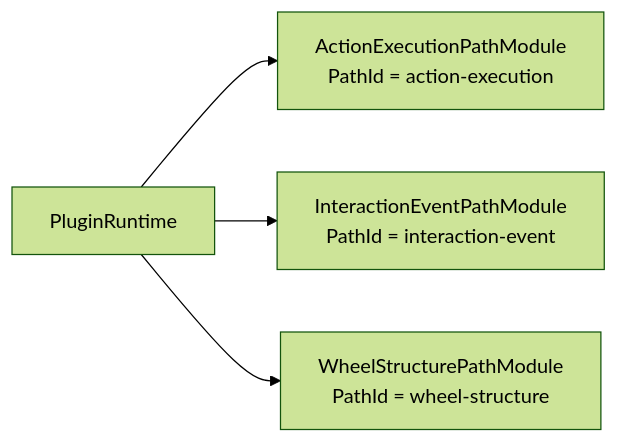
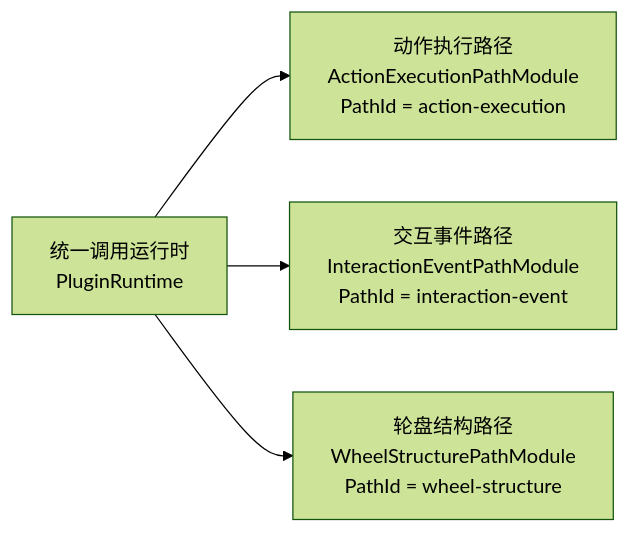
Before and after one commit to Masskii/StarPie: diagram 18 of 19 in plugin/docs/plugin-system-architecture-map.md, drawn with Mermaid (forest theme). The commit also changed other lines of this file and 6 other files, not shown here.

````diff
--- a/plugin/docs/plugin-system-architecture-map.md
+++ b/plugin/docs/plugin-system-architecture-map.md
@@ -892,11 +1144,11 @@
 ```mermaid
 flowchart LR
-    RUNTIME["PluginRuntime"]
-    ACTION["ActionExecutionPathModule\nPathId = action-execution"]
-    EVENT["InteractionEventPathModule\nPathId = interaction-event"]
-    WHEEL["WheelStructurePathModule\nPathId = wheel-structure"]
+    RUNTIME["统一调用运行时<br/>PluginRuntime"]
+    ACTION["动作执行路径<br/>ActionExecutionPathModule<br/>PathId = action-execution"]
+    EVENT["交互事件路径<br/>InteractionEventPathModule<br/>PathId = interaction-event"]
+    WHEEL["轮盘结构路径<br/>WheelStructurePathModule<br/>PathId = wheel-structure"]
 
     RUNTIME --> ACTION
     RUNTIME --> EVENT
     RUNTIME --> WHEEL
 ```
````
